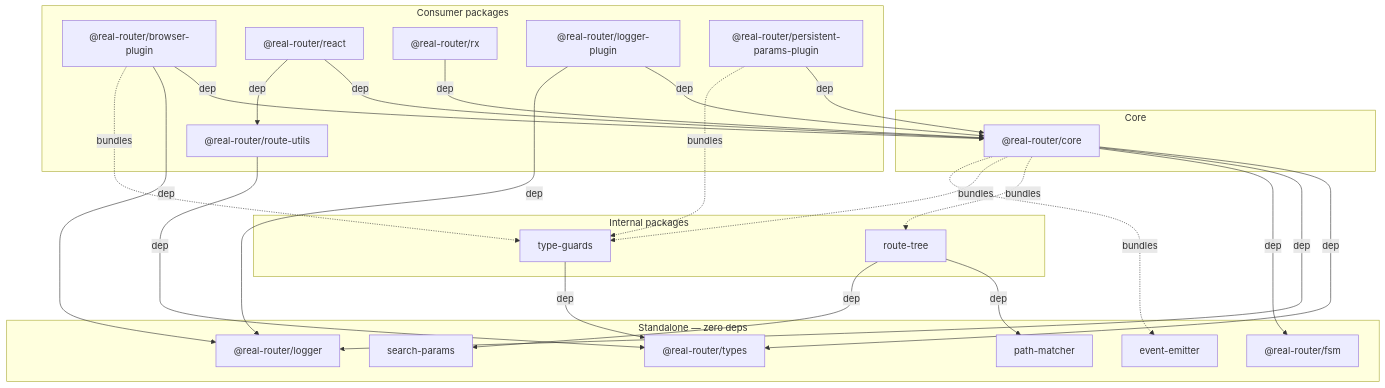
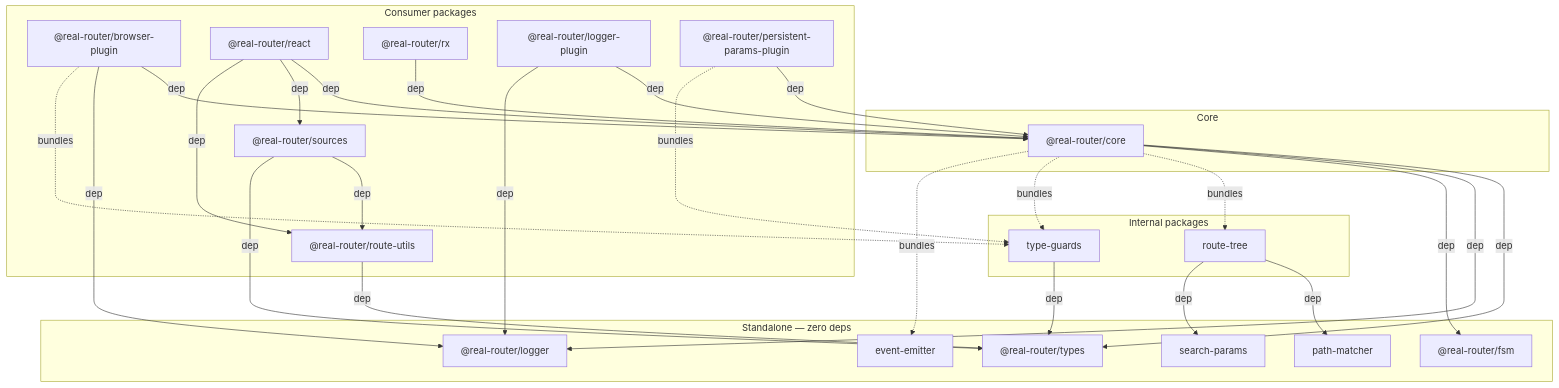
Before and after one commit to greydragon888/real-router: the first of 2 diagrams in ARCHITECTURE.md, drawn with Mermaid. The commit also changed other lines of this file and 40 other files, not shown here.

Commit message:
feat: add `@real-router/sources` - framework-agnostic subscription layer (#218)

````diff
--- a/ARCHITECTURE.md
+++ b/ARCHITECTURE.md
@@ -29,54 +30,59 @@
 ```mermaid
 graph TD
     subgraph standalone [Standalone — zero deps]
         PM[path-matcher]
         SP[search-params]
         EE[event-emitter]
         FSM["@real-router/fsm"]
         LOG["@real-router/logger"]
         TYPES["@real-router/types"]
     end
 
     subgraph internal [Internal packages]
         TG[type-guards] -->|dep| TYPES
         RT[route-tree] -->|dep| PM
         RT -->|dep| SP
     end
 
     subgraph core [Core]
         CORE["@real-router/core"]
     end
 
     CORE -->|dep| TYPES
     CORE -->|dep| LOG
     CORE -->|dep| FSM
     CORE -.->|bundles| RT
     CORE -.->|bundles| TG
     CORE -.->|bundles| EE
 
     subgraph consumers [Consumer packages]
         BP["@real-router/browser-plugin"]
+        SOURCES["@real-router/sources"]
         REACT["@real-router/react"]
         RX["@real-router/rx"]
         LP["@real-router/logger-plugin"]
         PPP["@real-router/persistent-params-plugin"]
         ROUTEUTILS["@real-router/route-utils"]
     end
 
     BP -->|dep| CORE
     BP -->|dep| LOG
     BP -.->|bundles| TG
 
     LP -->|dep| CORE
     LP -->|dep| LOG
 
+    SOURCES -->|dep| ROUTEUTILS
+    SOURCES -->|dep| TYPES
+
     REACT -->|dep| CORE
+    REACT -->|dep| SOURCES
     REACT -->|dep| ROUTEUTILS
 
     RX -->|dep| CORE
 
     PPP -->|dep| CORE
     PPP -.->|bundles| TG
 
     ROUTEUTILS -->|dep| TYPES
 ```
````
